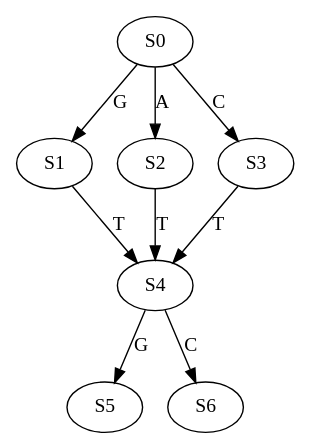
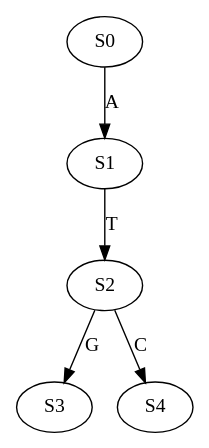
Before and after one commit to Kuanhao-Chao/Wheeler_Graph_Toolkit: the diagram in data/graph/GT_vs_WGT/RevDetG_DNA/Human_SLC38A9_orthologues_DNA_l_4_a_4.dot, drawn with Graphviz. The commit also changed 11978 other files, not shown here.

Commit message:
Update data/graph/

```diff
--- a/data/graph/GT_vs_WGT/RevDetG_DNA/Human_SLC38A9_orthologues_DNA_l_4_a_4.dot
+++ b/data/graph/GT_vs_WGT/RevDetG_DNA/Human_SLC38A9_orthologues_DNA_l_4_a_4.dot
@@ -1,10 +1,6 @@
 strict digraph  {
-	S0 -> S1 [ label = G ];
-	S0 -> S2 [ label = A ];
-	S0 -> S3 [ label = C ];
-	S1 -> S4 [ label = T ];
-	S2 -> S4 [ label = T ];
-	S3 -> S4 [ label = T ];
-	S4 -> S5 [ label = G ];
-	S4 -> S6 [ label = C ];
+	S0 -> S1 [ label = A ];
+	S1 -> S2 [ label = T ];
+	S2 -> S3 [ label = G ];
+	S2 -> S4 [ label = C ];
 }
```
